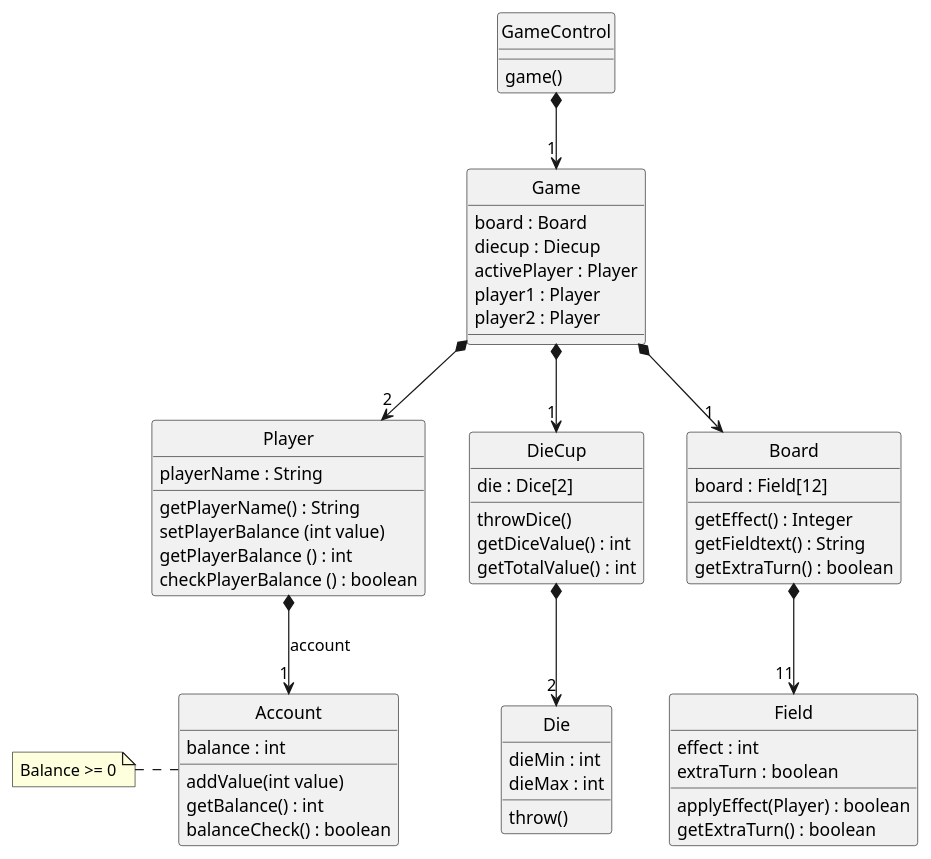
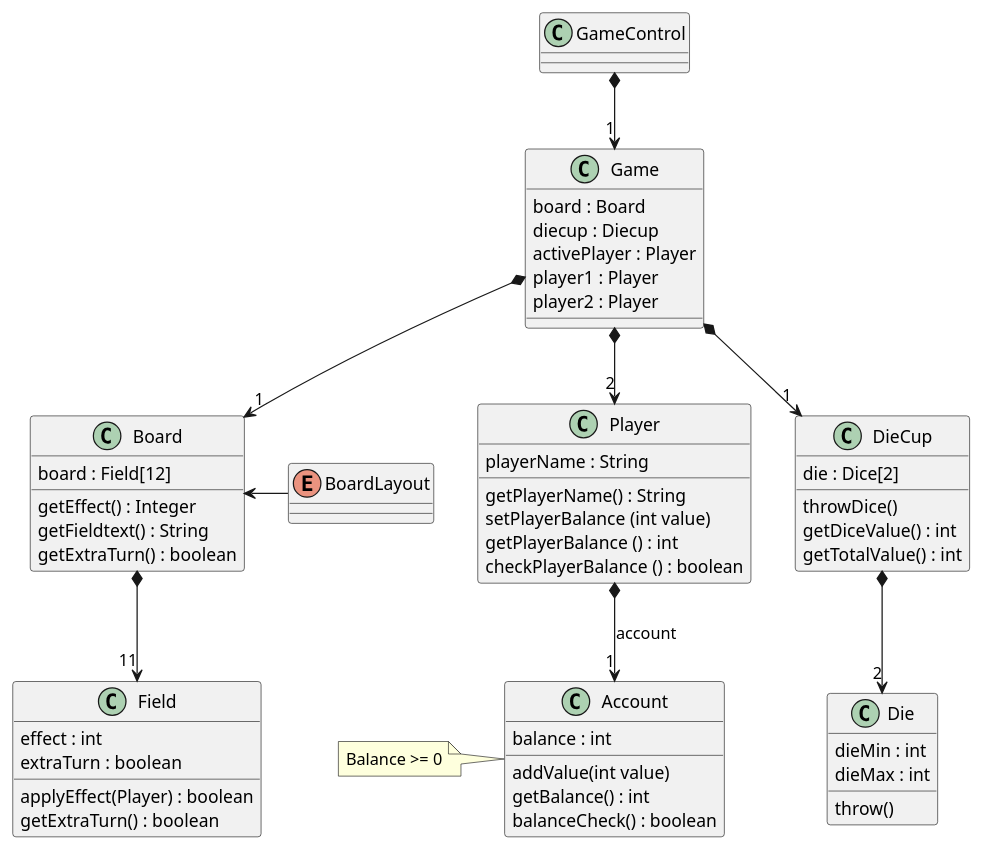
The diagram in src/main/resources/DesignClassDiagram.puml (PhilipCramer/CDIO_del2), drawn with PlantUML before and after one commit.

Commit message:
added enumerator to diagram

```diff
--- a/src/main/resources/DesignClassDiagram.puml
+++ b/src/main/resources/DesignClassDiagram.puml
@@ -1,77 +1,79 @@
 @startuml ClassDiagram
-skinparam style strictuml
 
 class "GameControl" as GameControl {
     
-    game()
+
 }
 
 class "Player" as Player {
     playerName : String
 
     getPlayerName() : String
     setPlayerBalance (int value)
     getPlayerBalance () : int
     checkPlayerBalance () : boolean
 
 }
 
 class "Account" as Account {
     balance : int
 
     addValue(int value)
     getBalance() : int
     balanceCheck() : boolean
 }
 note left
     Balance >= 0
     end note
 
 class "DieCup" as Diecup {
     die : Dice[2]
     
     throwDice()
     getDiceValue() : int
     getTotalValue() : int
 }
 
 class "Die" as Dice {
     dieMin : int
     dieMax : int
 
     throw()
 }
 
 class "Board" as Board {
     board : Field[12]
 
     getEffect() : Integer
     getFieldtext() : String
     getExtraTurn() : boolean
 }
+enum BoardLayout{
+}
 
 class "Field" as Field {
     effect : int
     extraTurn : boolean
 
     applyEffect(Player) : boolean
     getExtraTurn() : boolean
 }
 
 class "Game" as Game{
     board : Board
     diecup : Diecup
     activePlayer : Player
     player1 : Player
     player2 : Player
 }
 
 
 Player *--> "1" Account : account
 GameControl *--> "1" Game
 Game *--> "2" Player 
 Game *--> "1" Board
+Board <-r- BoardLayout
 Board  *--> "11" Field
 Game  *--> "1" Diecup
 Diecup *--> "2" Dice
 @enduml
```
